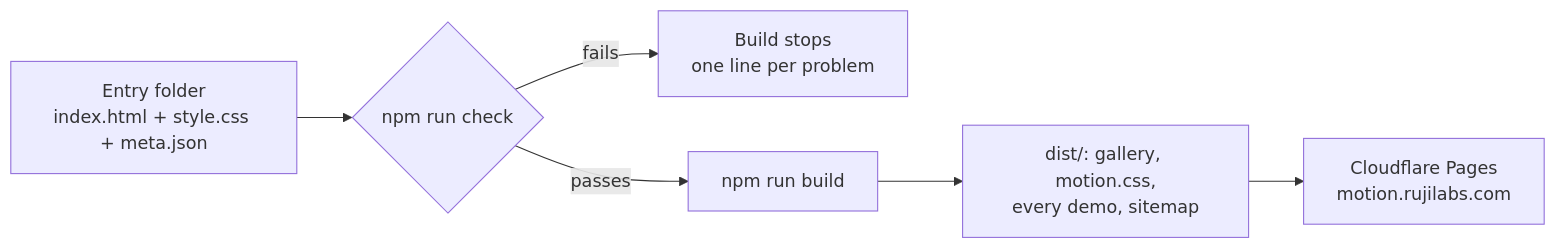
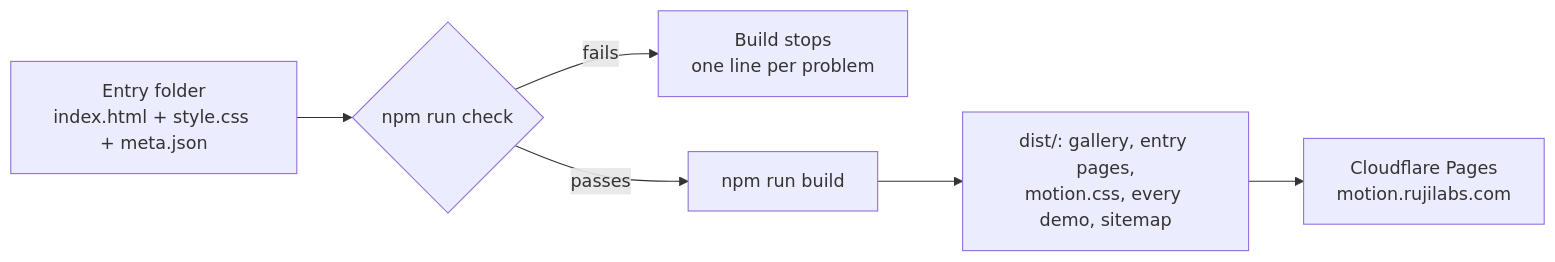
Before and after one commit to rujilabs/motion-patterns: the diagram in README.md, drawn with Mermaid. The commit also changed other lines of this file and 4 other files, not shown here.

Commit message:
docs: entry pages, timeline and stage sizes, catalogue, font licences

````diff
--- a/README.md
+++ b/README.md
@@ -90,8 +91,8 @@
 ```mermaid
 flowchart LR
   A["Entry folder<br/>index.html + style.css + meta.json"] --> B{"npm run check"}
   B -- "fails" --> C["Build stops<br/>one line per problem"]
   B -- "passes" --> D["npm run build"]
-  D --> E["dist/: gallery, motion.css,<br/>every demo, sitemap"]
+  D --> E["dist/: gallery, entry pages,<br/>motion.css, every demo, sitemap"]
   E --> F["Cloudflare Pages<br/>motion.rujilabs.com"]
 ```
````
